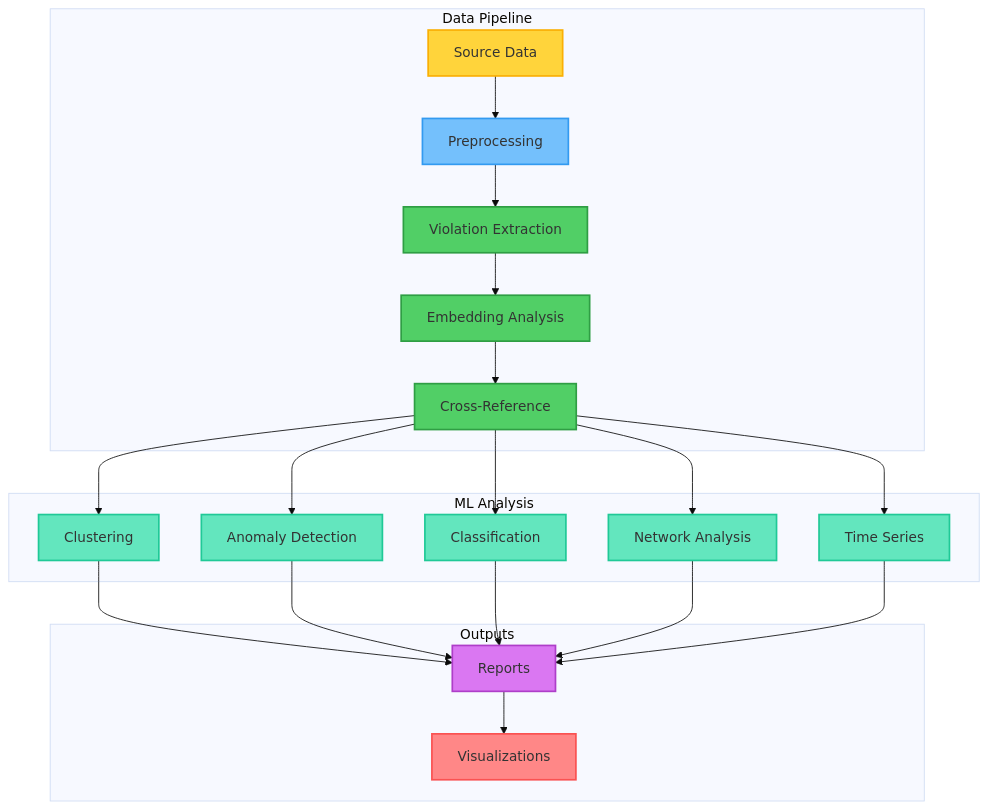
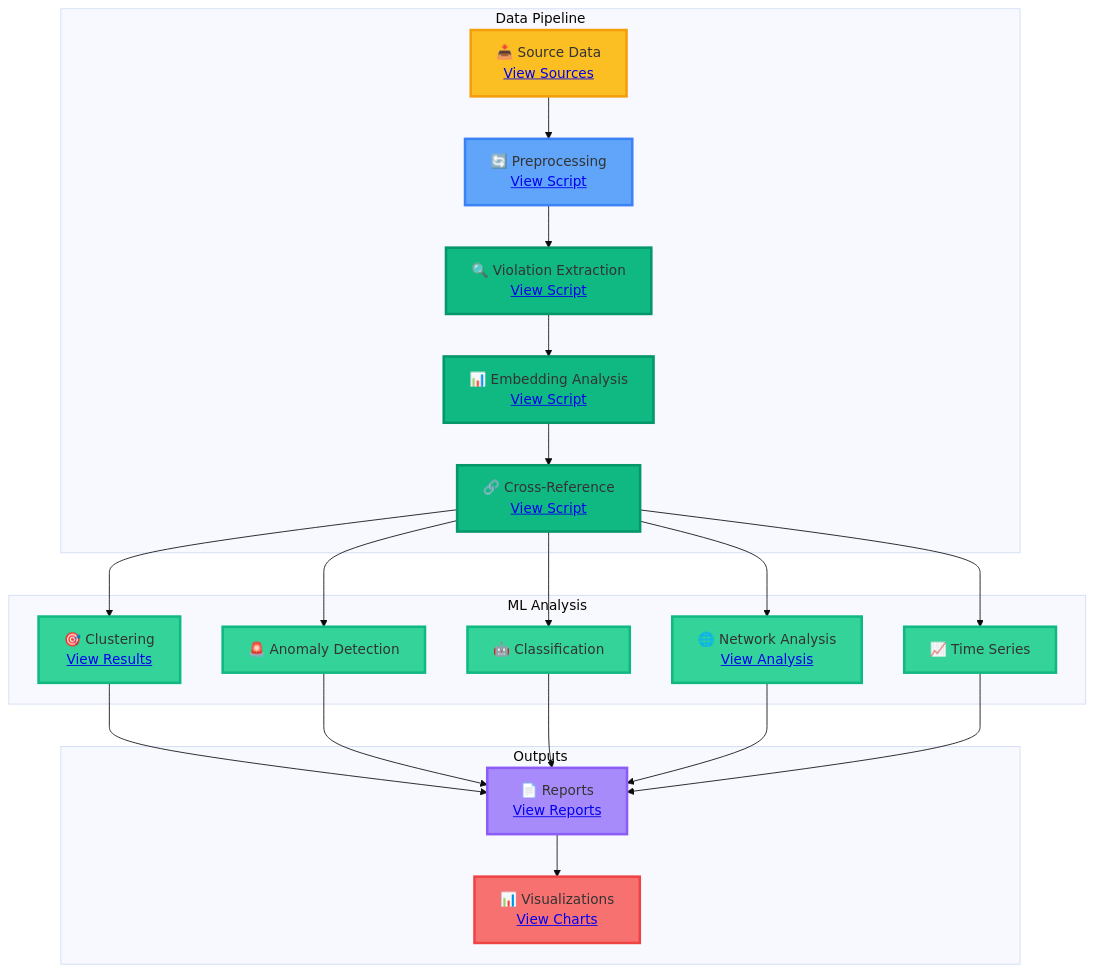
One commit to 1digitaldesign/kettler-data-analysis changed the first of 3 diagrams in scripts/analysis/IMPLEMENTATION_SUMMARY.md. Above: the diagram before and after it, drawn with Mermaid (base theme). The commit also changed other lines of this file and 8 other files, not shown here.

First line of the commit message:
fix: Improve dark mode contrast and add interactive elements to diagrams

````diff
--- a/scripts/analysis/IMPLEMENTATION_SUMMARY.md
+++ b/scripts/analysis/IMPLEMENTATION_SUMMARY.md
@@ -11,39 +11,39 @@
 ```mermaid
 graph TB
     subgraph "Data Pipeline"
-        A[Source Data] --> B[Preprocessing]
-        B --> C[Violation Extraction]
-        C --> D[Embedding Analysis]
-        D --> E[Cross-Reference]
+        A["📥 Source Data<br/><a href='data/source/'>View Sources</a>"] --> B["🔄 Preprocessing<br/><a href='scripts/analysis/preprocess_violation_data.py'>View Script</a>"]
+        B --> C["🔍 Violation Extraction<br/><a href='scripts/analysis/enhanced_violation_extraction.py'>View Script</a>"]
+        C --> D["📊 Embedding Analysis<br/><a href='scripts/analysis/embedding_violation_analysis.py'>View Script</a>"]
+        D --> E["🔗 Cross-Reference<br/><a href='scripts/analysis/cross_reference_violations.py'>View Script</a>"]
     end
-    
+
     subgraph "ML Analysis"
-        E --> F[Clustering]
-        E --> G[Anomaly Detection]
-        E --> H[Classification]
-        E --> I[Network Analysis]
-        E --> J[Time Series]
+        E --> F["🎯 Clustering<br/><a href='data/processed/ml_tax_structure_analysis.json'>View Results</a>"]
+        E --> G["🚨 Anomaly Detection"]
+        E --> H["🤖 Classification"]
+        E --> I["🌐 Network Analysis<br/><a href='data/processed/graph_theory_analysis.json'>View Analysis</a>"]
+        E --> J["📈 Time Series"]
     end
-    
+
     subgraph "Outputs"
-        F --> K[Reports]
+        F --> K["📄 Reports<br/><a href='research/texas/analysis/'>View Reports</a>"]
         G --> K
         H --> K
         I --> K
         J --> K
-        K --> L[Visualizations]
+        K --> L["📊 Visualizations<br/><a href='research/texas/analysis/visualizations/'>View Charts</a>"]
     end
-    
-    style A fill:#ffd43b,stroke:#fab005,stroke-width:2px
-    style B fill:#74c0fc,stroke:#339af0,stroke-width:2px
-    style C fill:#51cf66,stroke:#2f9e44,stroke-width:2px
-    style D fill:#51cf66,stroke:#2f9e44,stroke-width:2px
-    style E fill:#51cf66,stroke:#2f9e44,stroke-width:2px
-    style F fill:#63e6be,stroke:#20c997,stroke-width:2px
-    style G fill:#63e6be,stroke:#20c997,stroke-width:2px
-    style H fill:#63e6be,stroke:#20c997,stroke-width:2px
-    style I fill:#63e6be,stroke:#20c997,stroke-width:2px
-    style J fill:#63e6be,stroke:#20c997,stroke-width:2px
-    style K fill:#da77f2,stroke:#ae3ec9,stroke-width:2px
-    style L fill:#ff8787,stroke:#fa5252,stroke-width:2px
+
+    style A fill:#fbbf24,stroke:#f59e0b,stroke-width:3px
+    style B fill:#60a5fa,stroke:#3b82f6,stroke-width:3px
+    style C fill:#10b981,stroke:#059669,stroke-width:3px
+    style D fill:#10b981,stroke:#059669,stroke-width:3px
+    style E fill:#10b981,stroke:#059669,stroke-width:3px
+    style F fill:#34d399,stroke:#10b981,stroke-width:3px
+    style G fill:#34d399,stroke:#10b981,stroke-width:3px
+    style H fill:#34d399,stroke:#10b981,stroke-width:3px
+    style I fill:#34d399,stroke:#10b981,stroke-width:3px
+    style J fill:#34d399,stroke:#10b981,stroke-width:3px
+    style K fill:#a78bfa,stroke:#8b5cf6,stroke-width:3px
+    style L fill:#f87171,stroke:#ef4444,stroke-width:3px
 ```
````
